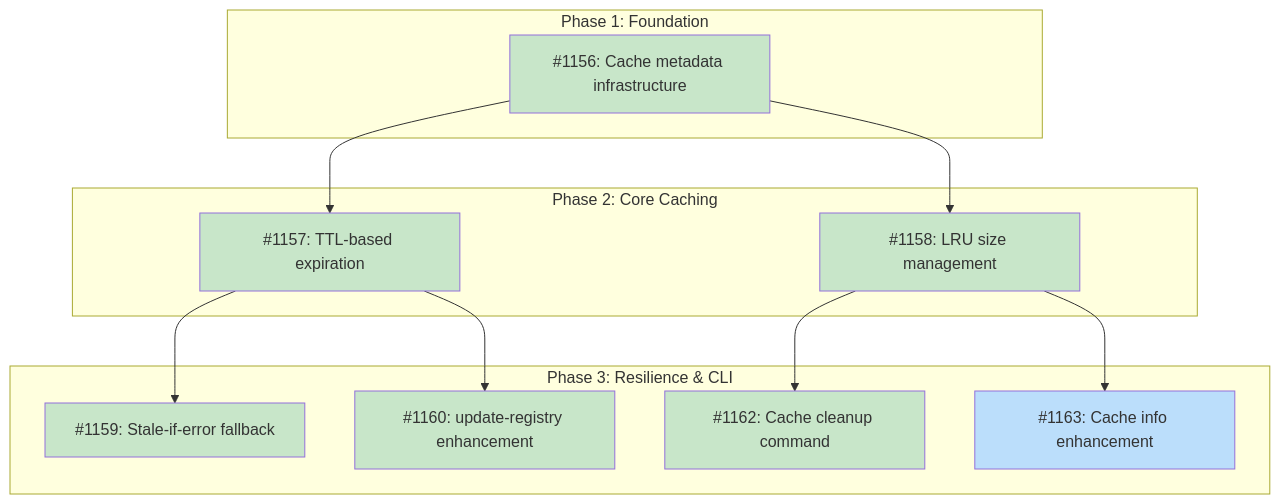
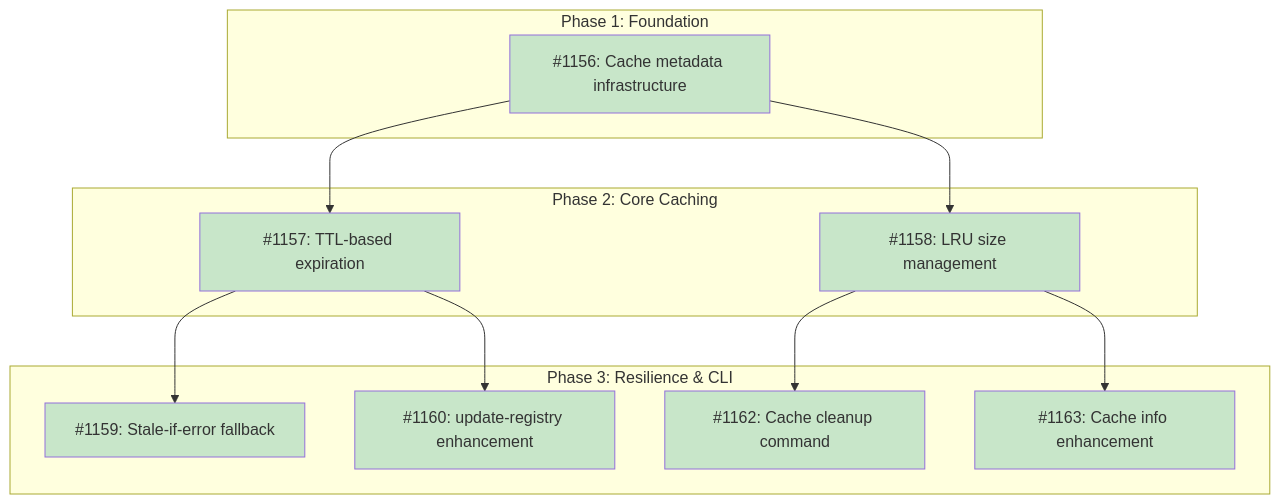
The diagram in docs/designs/DESIGN-registry-cache-policy.md (tsukumogami/tsuku), drawn with Mermaid before and after one commit. The commit also changed other lines of this file and 3 other files, not shown here.

````diff
--- a/docs/designs/DESIGN-registry-cache-policy.md
+++ b/docs/designs/DESIGN-registry-cache-policy.md
@@ -30,33 +30,32 @@
 ```mermaid
 graph TD
     subgraph Phase1["Phase 1: Foundation"]
         I1156["#1156: Cache metadata infrastructure"]
     end
 
     subgraph Phase2["Phase 2: Core Caching"]
         I1157["#1157: TTL-based expiration"]
         I1158["#1158: LRU size management"]
     end
 
     subgraph Phase3["Phase 3: Resilience & CLI"]
         I1159["#1159: Stale-if-error fallback"]
         I1160["#1160: update-registry enhancement"]
         I1162["#1162: Cache cleanup command"]
         I1163["#1163: Cache info enhancement"]
     end
 
     I1156 --> I1157
     I1156 --> I1158
     I1157 --> I1159
     I1157 --> I1160
     I1158 --> I1162
     I1158 --> I1163
 
     classDef done fill:#c8e6c9
     classDef ready fill:#bbdefb
     classDef blocked fill:#fff9c4
     classDef needsDesign fill:#e1bee7
 
-    class I1156,I1157,I1158,I1159,I1160,I1162 done
-    class I1163 ready
+    class I1156,I1157,I1158,I1159,I1160,I1162,I1163 done
 ```
````
